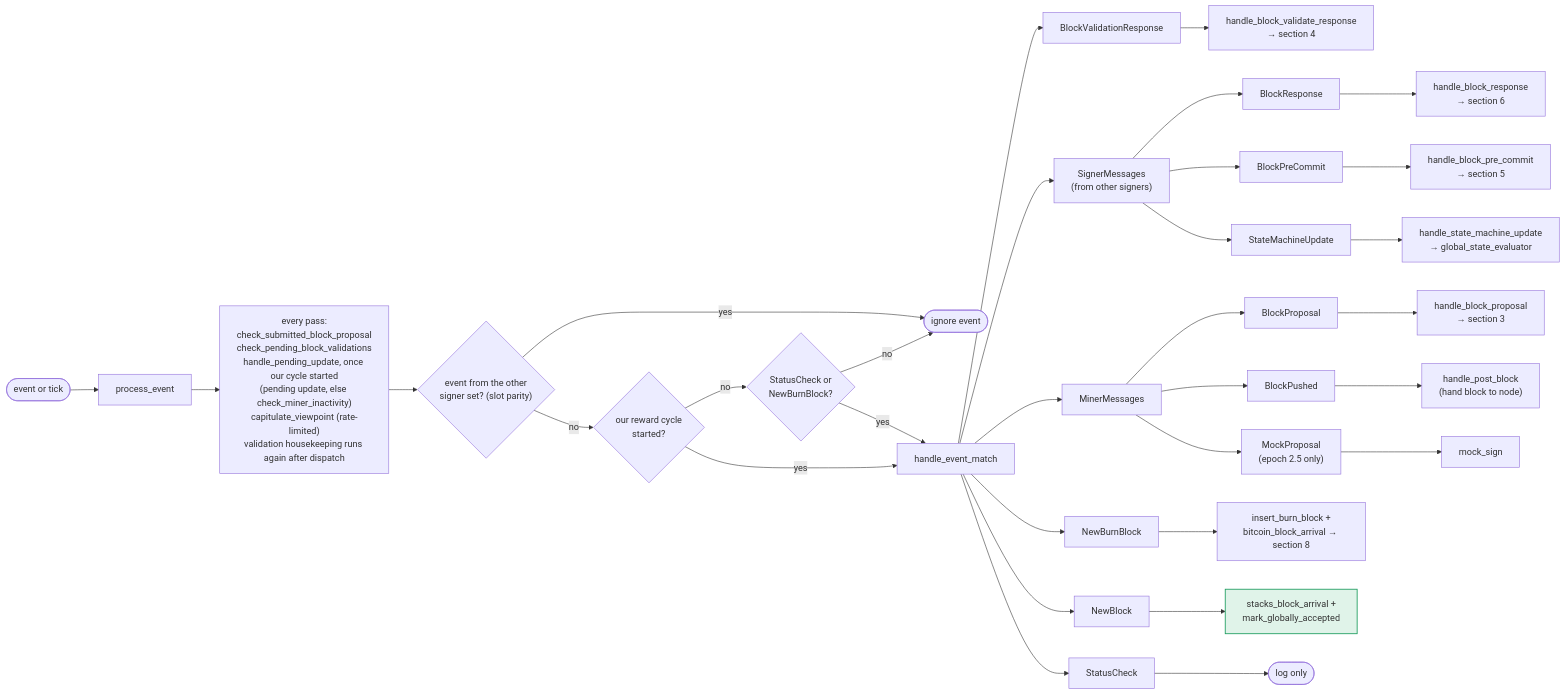
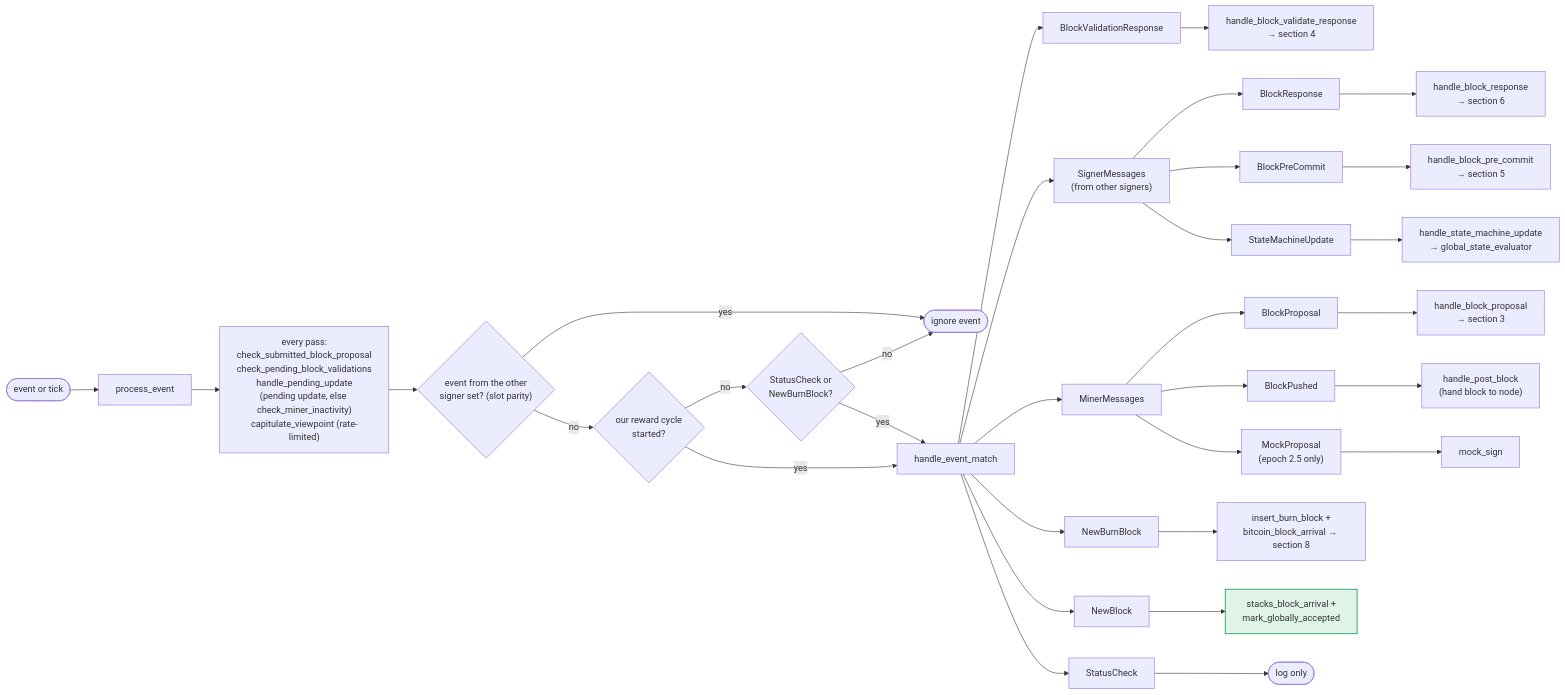
Before and after one commit to stacks-network/stacks-core: the second of 9 diagrams in docs/signer-flows.md, drawn with Mermaid. The commit also changed other lines of this file and 6 other files, not shown here.

Commit message:
fix(signer): exclude the block under check in the signed-tip query, not after LIMIT 1

````diff
--- a/docs/signer-flows.md
+++ b/docs/signer-flows.md
@@ -91,25 +89,25 @@
 ```mermaid
 flowchart LR
     EV(["event or tick"]) --> PE["process_event"]
-    PE --> HK["every pass:<br/>check_submitted_block_proposal<br/>check_pending_block_validations<br/>handle_pending_update, once our cycle started<br/>(pending update, else check_miner_inactivity)<br/>capitulate_viewpoint (rate-limited)<br/>validation housekeeping runs again after dispatch"]
+    PE --> HK["every pass:<br/>check_submitted_block_proposal<br/>check_pending_block_validations<br/>handle_pending_update<br/>(pending update, else check_miner_inactivity)<br/>capitulate_viewpoint (rate-limited)"]
     HK --> PAR{"event from the other<br/>signer set? (slot parity)"}
     PAR -- yes --> SKIP(["ignore event"])
     PAR -- no --> STARTED{"our reward cycle<br/>started?"}
     STARTED -- no --> EARLY{"StatusCheck or<br/>NewBurnBlock?"}
     EARLY -- no --> SKIP
     EARLY -- yes --> HEM
     STARTED -- yes --> HEM["handle_event_match"]
     HEM --> E1["BlockValidationResponse"] --> H1["handle_block_validate_response<br/>→ section 4"]
     HEM --> E2["SignerMessages<br/>(from other signers)"]
     E2 --> M1["BlockResponse"] --> H2["handle_block_response<br/>→ section 6"]
     E2 --> M2["BlockPreCommit"] --> H3["handle_block_pre_commit<br/>→ section 5"]
     E2 --> M3["StateMachineUpdate"] --> H4["handle_state_machine_update<br/>→ global_state_evaluator"]
     HEM --> E3["MinerMessages"]
     E3 --> M4["BlockProposal"] --> H5["handle_block_proposal<br/>→ section 3"]
     E3 --> M5["BlockPushed"] --> H6["handle_post_block<br/>(hand block to node)"]
     E3 --> M6["MockProposal<br/>(epoch 2.5 only)"] --> H7["mock_sign"]
     HEM --> E4["NewBurnBlock"] --> H8["insert_burn_block +<br/>bitcoin_block_arrival → section 8"]
     HEM --> E5["NewBlock"] --> H9["stacks_block_arrival +<br/>mark_globally_accepted"]:::good
     HEM --> E6["StatusCheck"] --> H10(["log only"])
     classDef good fill:#17a45c22,stroke:#1d9d5f,stroke-width:1.5px;
 ```
````
